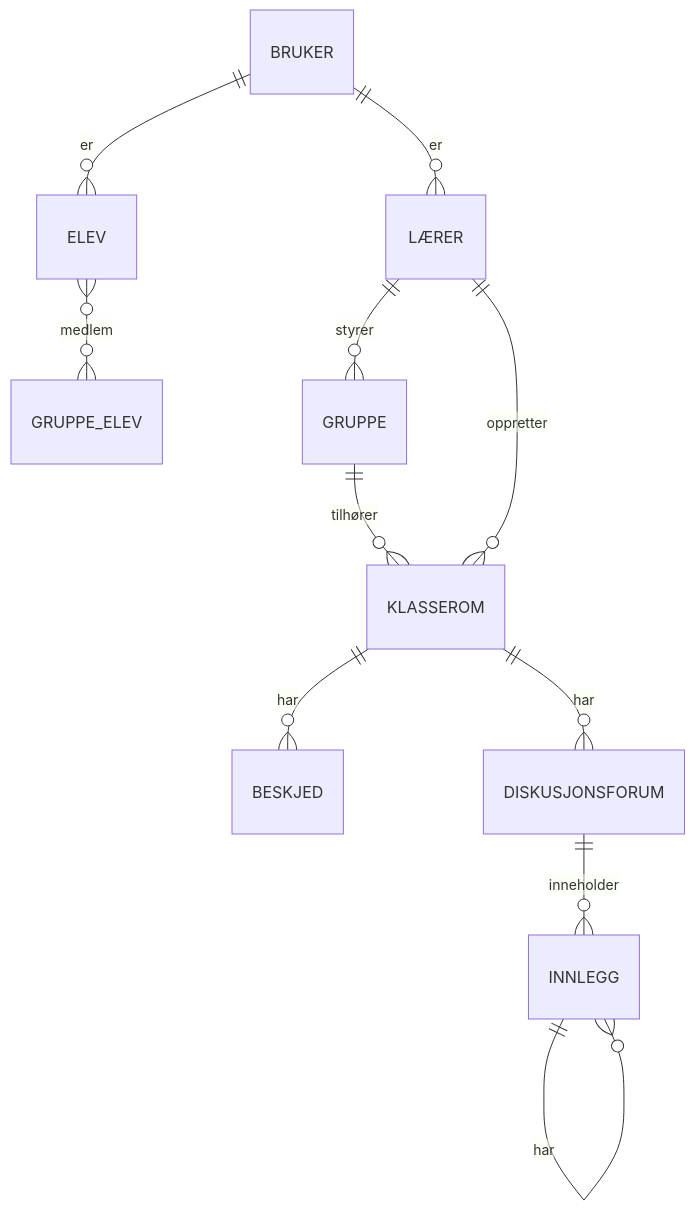
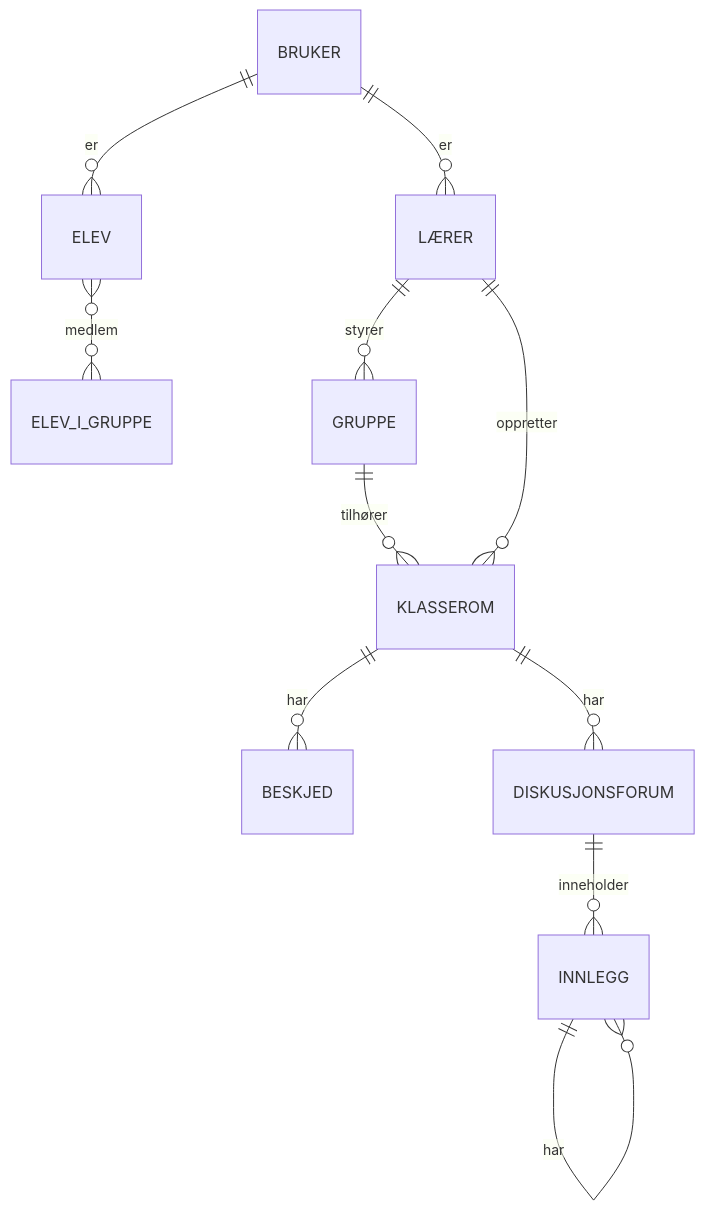
The first of 2 diagrams in OPPGAVE.md (programmerBredC/data1500-oving-04), drawn with Mermaid before and after one commit. The commit also changed other lines of this file, not shown here.

````diff
--- a/OPPGAVE.md
+++ b/OPPGAVE.md
@@ -30,13 +30,13 @@
 ```mermaid
 erDiagram
     BRUKER ||--o{ LÆRER : er
     BRUKER ||--o{ ELEV : er
-    ELEV }o--o{ GRUPPE_ELEV : medlem
+    ELEV }o--o{ ELEV_I_GRUPPE : medlem
     GRUPPE ||--o{ KLASSEROM : tilhører
     LÆRER ||--o{ KLASSEROM : "oppretter"
     LÆRER ||--O{ GRUPPE : styrer
     KLASSEROM ||--o{ BESKJED : har
     KLASSEROM ||--o{ DISKUSJONSFORUM : har
     DISKUSJONSFORUM ||--o{ INNLEGG : inneholder
     INNLEGG ||--o{ INNLEGG : har
 ``` 
````
